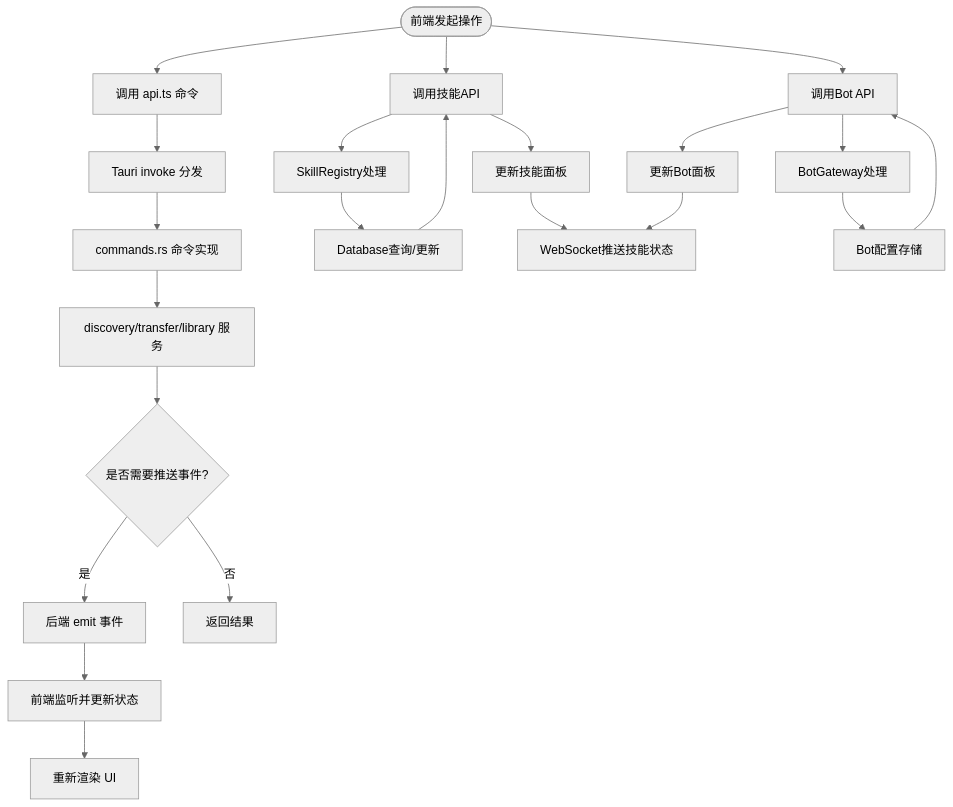
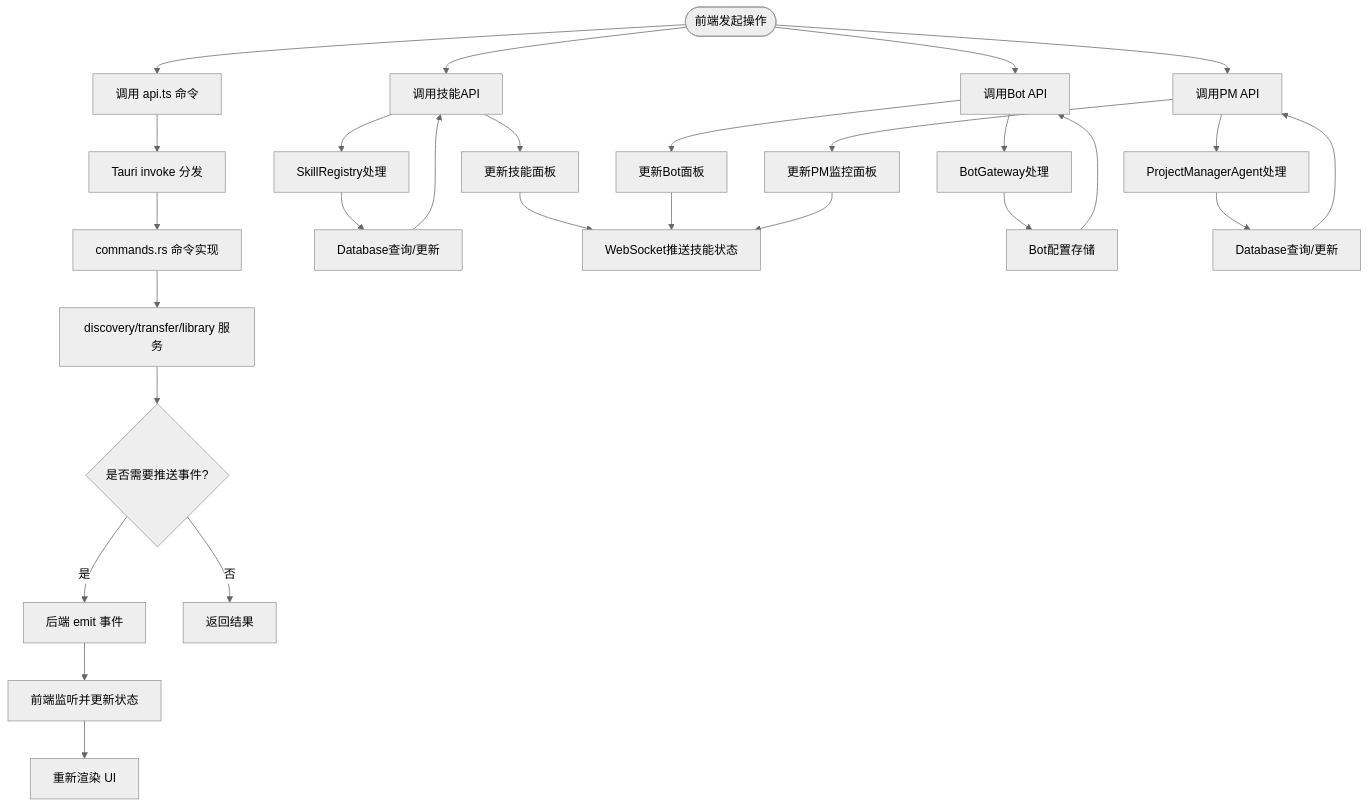
The fourth of 5 diagrams in .qoder/repowiki/zh/content/前端应用架构/前端应用架构.md (targalian/Personal-distributed-workstation), drawn with Mermaid (neutral theme) before and after one commit. The commit also changed other lines of this file and 60 other files, not shown here.

````diff
--- a/.qoder/repowiki/zh/content/前端应用架构/前端应用架构.md
+++ b/.qoder/repowiki/zh/content/前端应用架构/前端应用架构.md
@@ -381,24 +436,30 @@
 ```mermaid
 flowchart TD
 Start(["前端发起操作"]) --> Invoke["调用 api.ts 命令"]
 Invoke --> TauriInvoke["Tauri invoke 分发"]
 TauriInvoke --> CmdImpl["commands.rs 命令实现"]
 CmdImpl --> ServiceOps["discovery/transfer/library 服务"]
 ServiceOps --> EmitEvt{"是否需要推送事件?"}
 EmitEvt --> |是| FrontEvt["后端 emit 事件"]
 FrontEvt --> FEListen["前端监听并更新状态"]
 EmitEvt --> |否| Done["返回结果"]
 FEListen --> Render["重新渲染 UI"]
 Start --> SkillsAPI["调用技能API"]
 SkillsAPI --> SkillRegistry["SkillRegistry处理"]
 SkillRegistry --> SkillDB["Database查询/更新"]
 SkillDB --> SkillsAPI
 SkillsAPI --> SkillsUI["更新技能面板"]
 SkillsUI --> WS["WebSocket推送技能状态"]
 Start --> BotAPI["调用Bot API"]
 BotAPI --> BotGW["BotGateway处理"]
 BotGW --> BotDB["Bot配置存储"]
 BotDB --> BotAPI
 BotAPI --> BotUI["更新Bot面板"]
 BotUI --> WS
+Start --> PMAPI["调用PM API"]
+PMAPI --> PMAgent["ProjectManagerAgent处理"]
+PMAgent --> PMDB["Database查询/更新"]
+PMDB --> PMAPI
+PMAPI --> PMUI["更新PM监控面板"]
+PMUI --> WS
 ```
````
